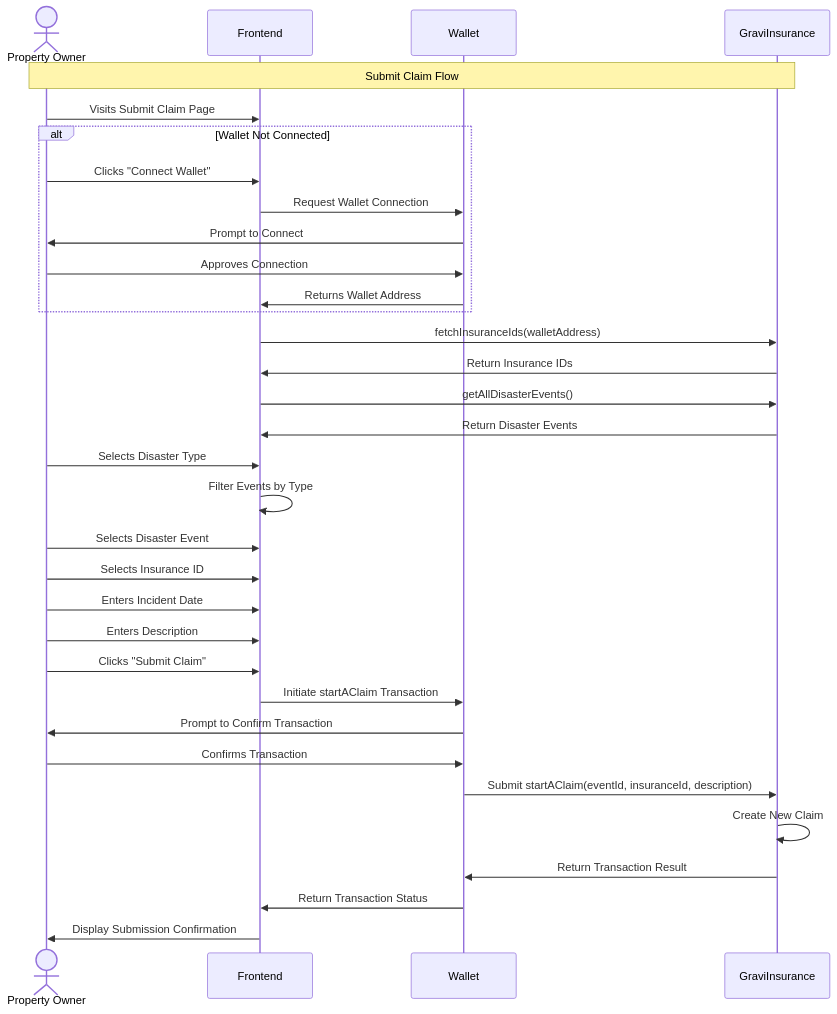
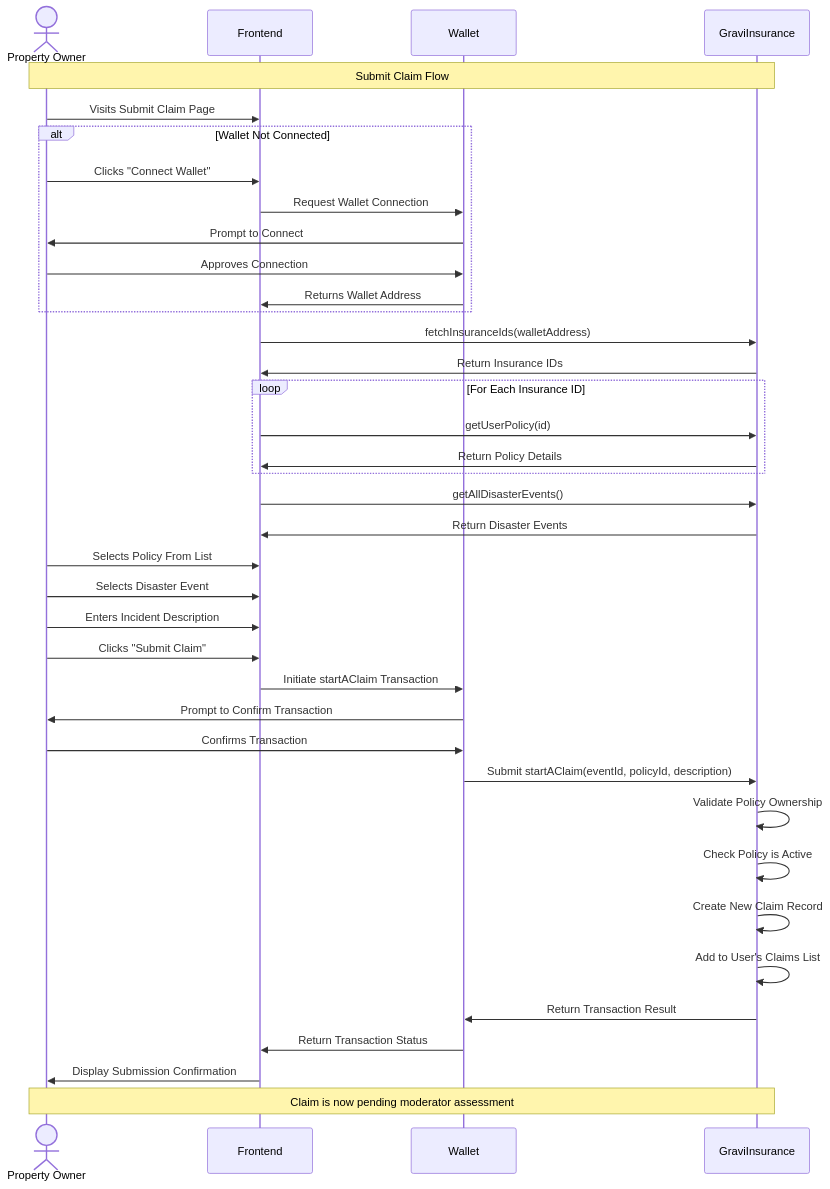
The diagram in docs/sequence-diagrams/insurance/submit-claim.mmd (AndrewZZJ/dapp-defiying-gravity), drawn with Mermaid before and after one commit. The commit also changed 6 other files, not shown here.

Commit message:
updated sequence and contract API docs

```diff
--- a/docs/sequence-diagrams/insurance/submit-claim.mmd
+++ b/docs/sequence-diagrams/insurance/submit-claim.mmd
@@ -1,41 +1,49 @@
 sequenceDiagram
     actor User as Property Owner
     participant Frontend
     participant Wallet
     participant Contract as GraviInsurance
 
     %% Submit Claim Flow
     Note over User, Contract: Submit Claim Flow
     
     User->>Frontend: Visits Submit Claim Page
     alt Wallet Not Connected
         User->>Frontend: Clicks "Connect Wallet"
         Frontend->>Wallet: Request Wallet Connection
         Wallet->>User: Prompt to Connect
         User->>Wallet: Approves Connection
         Wallet->>Frontend: Returns Wallet Address
     end
     
     Frontend->>Contract: fetchInsuranceIds(walletAddress)
     Contract->>Frontend: Return Insurance IDs
     
+    loop For Each Insurance ID
+        Frontend->>Contract: getUserPolicy(id)
+        Contract->>Frontend: Return Policy Details
+    end
+    
     Frontend->>Contract: getAllDisasterEvents()
     Contract->>Frontend: Return Disaster Events
     
-    User->>Frontend: Selects Disaster Type
-    Frontend->>Frontend: Filter Events by Type
-    
+    User->>Frontend: Selects Policy From List
     User->>Frontend: Selects Disaster Event
-    User->>Frontend: Selects Insurance ID
-    User->>Frontend: Enters Incident Date
-    User->>Frontend: Enters Description
+    User->>Frontend: Enters Incident Description
     
     User->>Frontend: Clicks "Submit Claim"
     Frontend->>Wallet: Initiate startAClaim Transaction
     Wallet->>User: Prompt to Confirm Transaction
     User->>Wallet: Confirms Transaction
-    Wallet->>Contract: Submit startAClaim(eventId, insuranceId, description)
-    Contract->>Contract: Create New Claim
+    Wallet->>Contract: Submit startAClaim(eventId, policyId, description)
+    
+    Contract->>Contract: Validate Policy Ownership
+    Contract->>Contract: Check Policy is Active
+    Contract->>Contract: Create New Claim Record
+    Contract->>Contract: Add to User's Claims List
+    
     Contract->>Wallet: Return Transaction Result
     Wallet->>Frontend: Return Transaction Status
     Frontend->>User: Display Submission Confirmation
+    
+    Note over User, Contract: Claim is now pending moderator assessment
```
